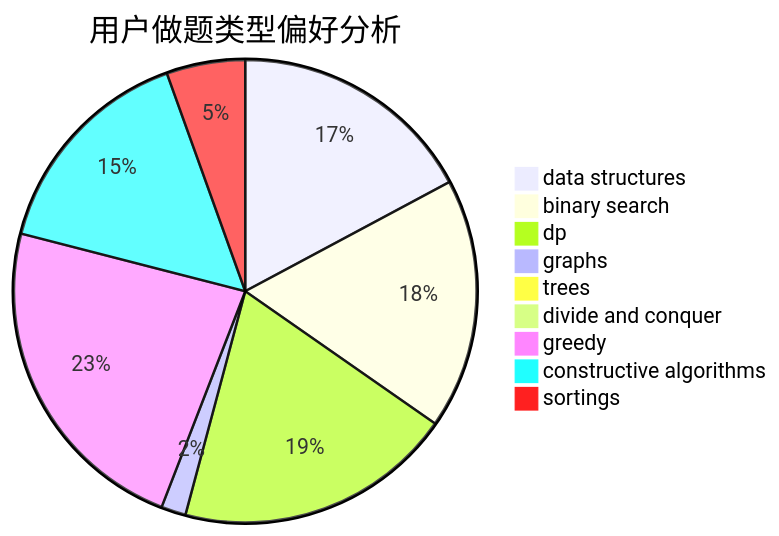
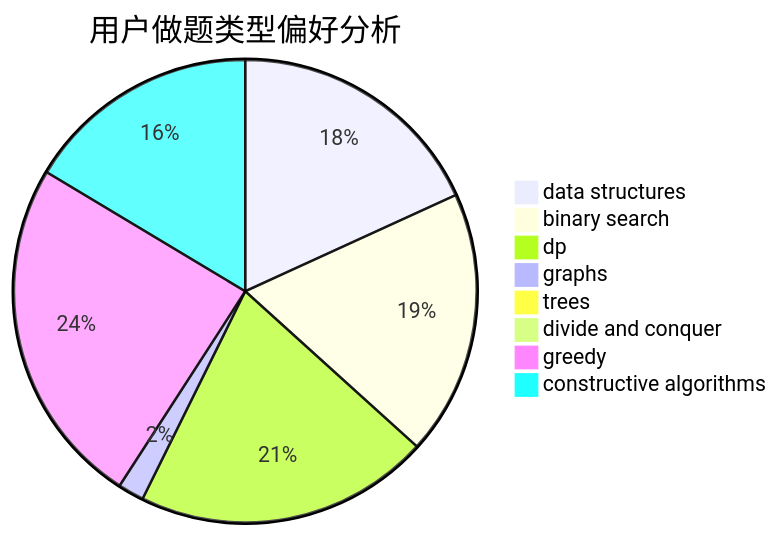
Before and after one commit to sherpahu/cfrs.github.io: the second of 3 diagrams in docs/user/u1142.md, drawn with Mermaid. The commit also changed other lines of this file and 2769 other files, not shown here.

````diff
--- a/docs/user/u1142.md
+++ b/docs/user/u1142.md
@@ -18,12 +18,11 @@
 ```mermaid
 pie title 用户做题类型偏好分析
     "data structures" :  419
     "binary search" :  427
     "dp" :  475
     "graphs" :  42
     "trees" :  0
     "divide and conquer" :  0
     "greedy" :  564
     "constructive algorithms" :  378
-    "sortings" :  134
 ```
````
